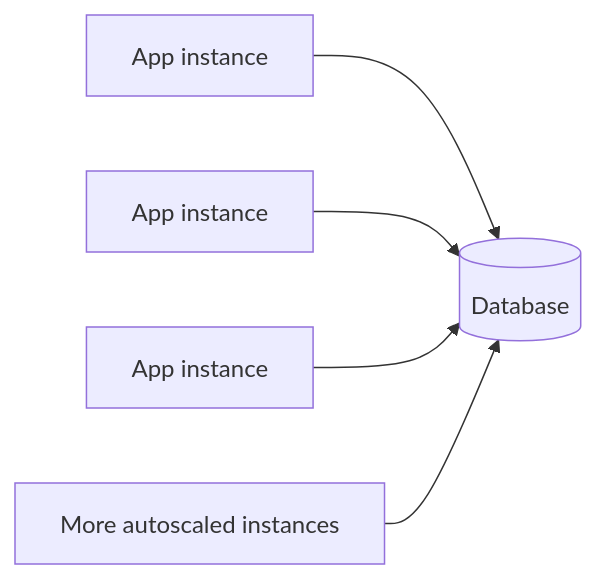
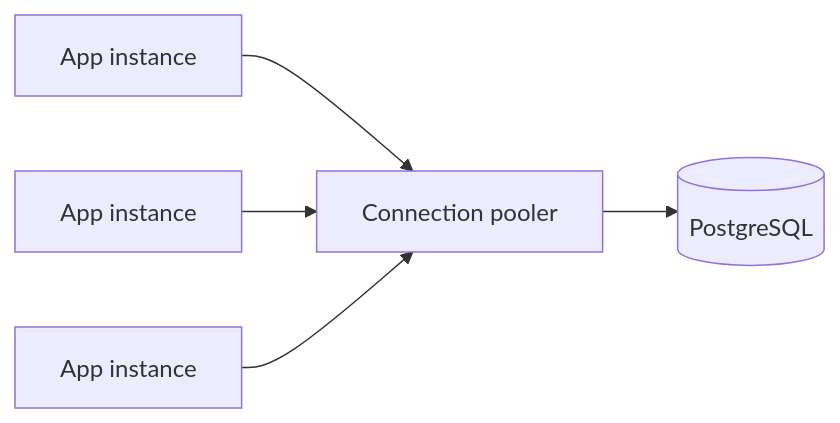
The second of 8 diagrams in src/content/system-design/db-scaling.md (AvadhBhalodiya/Interview-Preparation), drawn with Mermaid before and after one commit. The commit also changed other lines of this file and 54 other files, not shown here.

````diff
--- a/src/content/system-design/db-scaling.md
+++ b/src/content/system-design/db-scaling.md
@@ -327,7 +281,7 @@
 ```mermaid
 flowchart LR
-    A1[App instance] --> DB[(Database)]
-    A2[App instance] --> DB
-    A3[App instance] --> DB
-    A4[More autoscaled instances] --> DB
+    A1[App instance] --> P[Connection pooler]
+    A2[App instance] --> P
+    A3[App instance] --> P
+    P --> DB[(PostgreSQL)]
 ```
````
